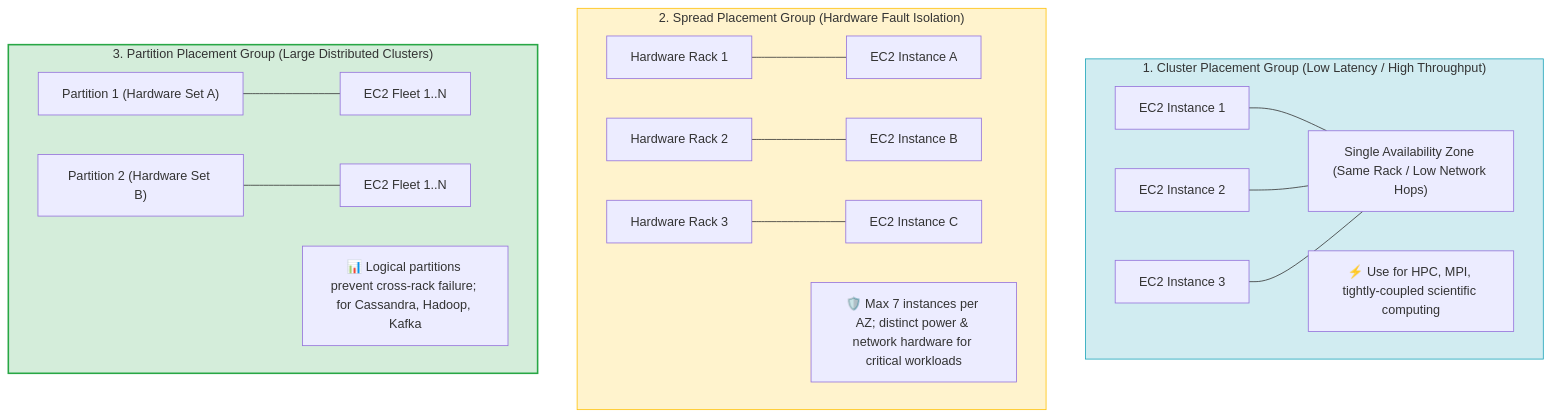
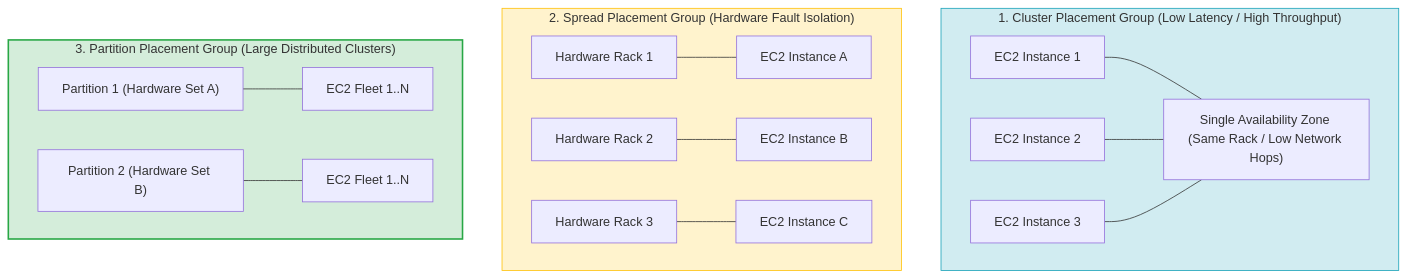
The second of 9 diagrams in Professional/3.3 High-performing systems architectures (for example, auto scaling, instance fleets, placement groups).md (ReginRavi/AIP-C01), drawn with Mermaid before and after one commit. The commit also changed other lines of this file and 1 other file, not shown here.

Commit message:
Fix mermaid diagram syntax in Global service offerings and High-performing systems architectures notes

````diff
--- a/Professional/3.3 High-performing systems architectures (for example, auto scaling, instance fleets, placement groups).md
+++ b/Professional/3.3 High-performing systems architectures (for example, auto scaling, instance fleets, placement groups).md
@@ -42,25 +51,40 @@
 ```mermaid
 flowchart TD
     subgraph Cluster_PG ["1. Cluster Placement Group (Low Latency / High Throughput)"]
         Rack1["Single Availability Zone (Same Rack / Low Network Hops)"]
-        EC2_C1["EC2 Instance 1"] & EC2_C2["EC2 Instance 2"] & EC2_C3["EC2 Instance 3"] --- Rack1
-        ClusterNote["⚡ Use for HPC, MPI, tightly-coupled scientific computing"]
+        EC2_C1["EC2 Instance 1"]
+        EC2_C2["EC2 Instance 2"]
+        EC2_C3["EC2 Instance 3"]
     end
 
     subgraph Spread_PG ["2. Spread Placement Group (Hardware Fault Isolation)"]
-        HW1["Hardware Rack 1"] --- EC2_S1["EC2 Instance A"]
-        HW2["Hardware Rack 2"] --- EC2_S2["EC2 Instance B"]
-        HW3["Hardware Rack 3"] --- EC2_S3["EC2 Instance C"]
-        SpreadNote["🛡️ Max 7 instances per AZ; distinct power & network hardware for critical workloads"]
+        HW1["Hardware Rack 1"]
+        EC2_S1["EC2 Instance A"]
+        HW2["Hardware Rack 2"]
+        EC2_S2["EC2 Instance B"]
+        HW3["Hardware Rack 3"]
+        EC2_S3["EC2 Instance C"]
     end
 
     subgraph Partition_PG ["3. Partition Placement Group (Large Distributed Clusters)"]
-        Part1["Partition 1 (Hardware Set A)"] --- EC2_P1["EC2 Fleet 1..N"]
-        Part2["Partition 2 (Hardware Set B)"] --- EC2_P2["EC2 Fleet 1..N"]
-        PartitionNote["📊 Logical partitions prevent cross-rack failure; for Cassandra, Hadoop, Kafka"]
+        Part1["Partition 1 (Hardware Set A)"]
+        EC2_P1["EC2 Fleet 1..N"]
+        Part2["Partition 2 (Hardware Set B)"]
+        EC2_P2["EC2 Fleet 1..N"]
     end
+
+    EC2_C1 --- Rack1
+    EC2_C2 --- Rack1
+    EC2_C3 --- Rack1
+
+    HW1 --- EC2_S1
+    HW2 --- EC2_S2
+    HW3 --- EC2_S3
+
+    Part1 --- EC2_P1
+    Part2 --- EC2_P2
 
     style Cluster_PG fill:#d1ecf1,stroke:#17a2b8,stroke-width:1px
     style Spread_PG fill:#fff3cd,stroke:#ffc107,stroke-width:1px
     style Partition_PG fill:#d4edda,stroke:#28a745,stroke-width:2px
 ```
````
